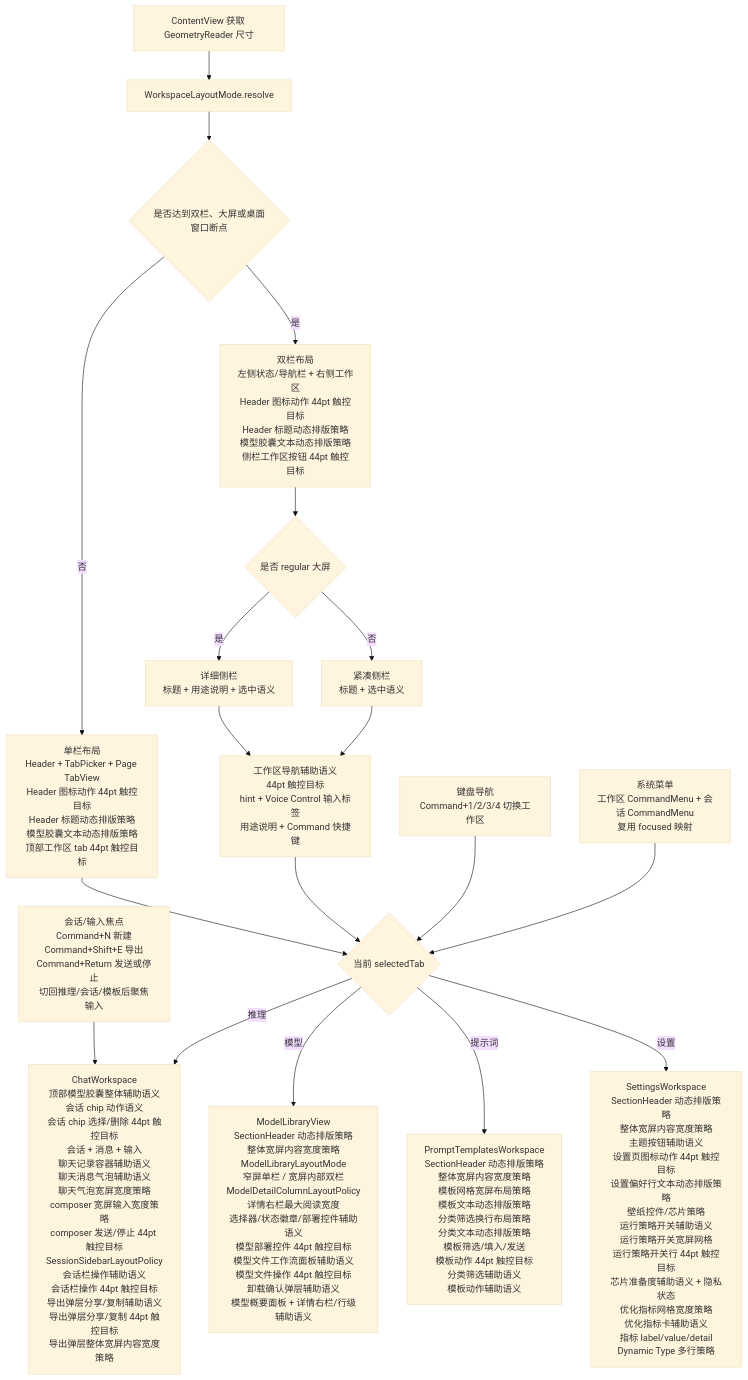
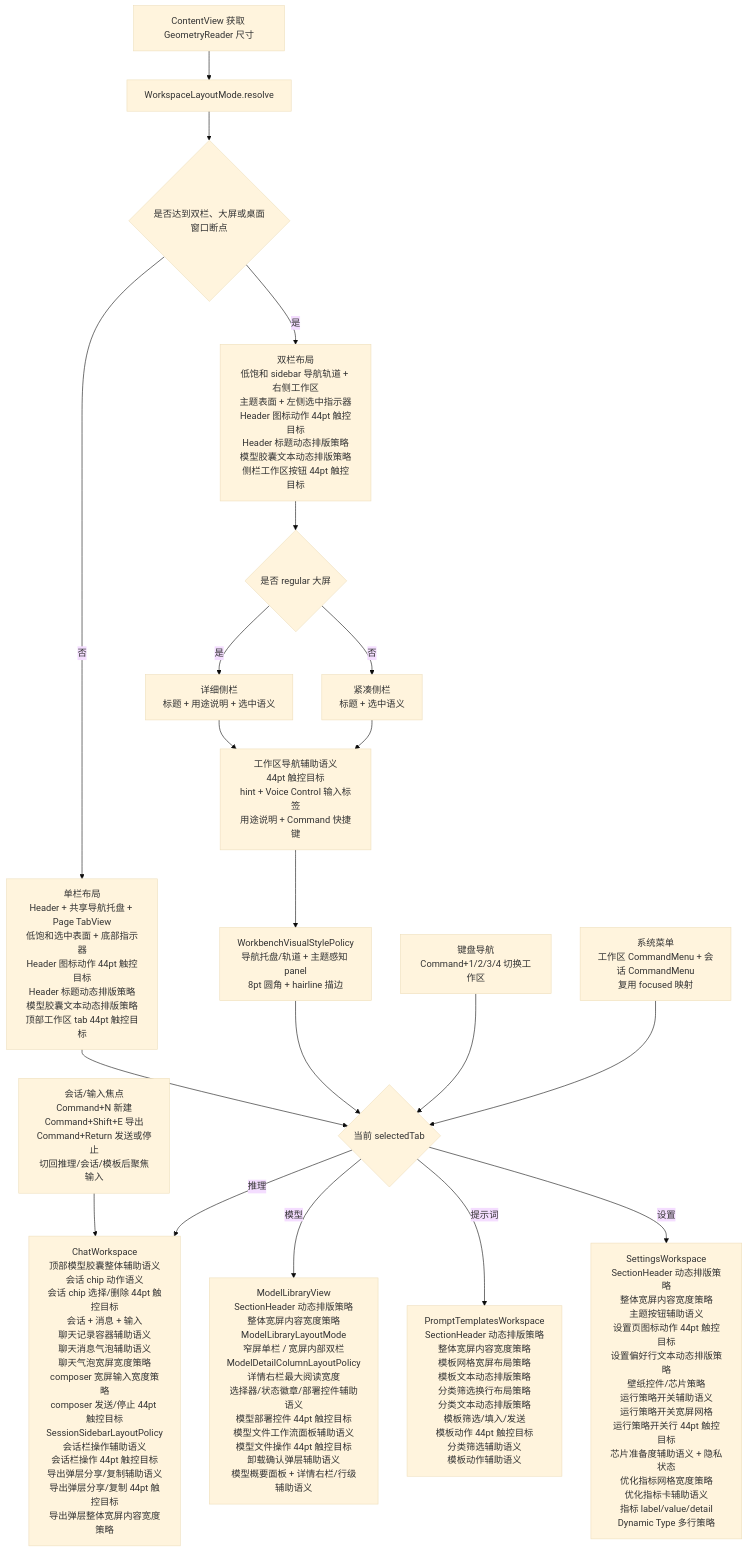
The fifth of 10 diagrams in md/flow/flowchart.md (Altman-sam114/113), drawn with Mermaid (base theme) before and after one commit. The commit also changed other lines of this file and 8 other files, not shown here.

````diff
--- a/md/flow/flowchart.md
+++ b/md/flow/flowchart.md
@@ -84,21 +84,22 @@
 ```mermaid
 flowchart TD
     A[ContentView 获取 GeometryReader 尺寸] --> B[WorkspaceLayoutMode.resolve]
     B --> C{是否达到双栏、大屏或桌面窗口断点}
-    C -- 否 --> D[单栏布局<br/>Header + TabPicker + Page TabView<br/>Header 图标动作 44pt 触控目标<br/>Header 标题动态排版策略<br/>模型胶囊文本动态排版策略<br/>顶部工作区 tab 44pt 触控目标]
-    C -- 是 --> E[双栏布局<br/>左侧状态/导航栏 + 右侧工作区<br/>Header 图标动作 44pt 触控目标<br/>Header 标题动态排版策略<br/>模型胶囊文本动态排版策略<br/>侧栏工作区按钮 44pt 触控目标]
+    C -- 否 --> D[单栏布局<br/>Header + 共享导航托盘 + Page TabView<br/>低饱和选中表面 + 底部指示器<br/>Header 图标动作 44pt 触控目标<br/>Header 标题动态排版策略<br/>模型胶囊文本动态排版策略<br/>顶部工作区 tab 44pt 触控目标]
+    C -- 是 --> E[双栏布局<br/>低饱和 sidebar 导航轨道 + 右侧工作区<br/>主题表面 + 左侧选中指示器<br/>Header 图标动作 44pt 触控目标<br/>Header 标题动态排版策略<br/>模型胶囊文本动态排版策略<br/>侧栏工作区按钮 44pt 触控目标]
     E --> N{是否 regular 大屏}
     N -- 是 --> O[详细侧栏<br/>标题 + 用途说明 + 选中语义]
     N -- 否 --> P[紧凑侧栏<br/>标题 + 选中语义]
     D --> F{当前 selectedTab}
     O --> X[工作区导航辅助语义<br/>44pt 触控目标<br/>hint + Voice Control 输入标签<br/>用途说明 + Command 快捷键]
     P --> X
-    X --> F
+    X --> V[WorkbenchVisualStylePolicy<br/>导航托盘/轨道 + 主题感知 panel<br/>8pt 圆角 + hairline 描边]
+    V --> F
     K[键盘导航<br/>Command+1/2/3/4 切换工作区] --> F
     M[系统菜单<br/>工作区 CommandMenu + 会话 CommandMenu<br/>复用 focused 映射] --> F
     L[会话/输入焦点<br/>Command+N 新建<br/>Command+Shift+E 导出<br/>Command+Return 发送或停止<br/>切回推理/会话/模板后聚焦输入] --> G
     F -- 推理 --> G[ChatWorkspace<br/>顶部模型胶囊整体辅助语义<br/>会话 chip 动作语义<br/>会话 chip 选择/删除 44pt 触控目标<br/>会话 + 消息 + 输入<br/>聊天记录容器辅助语义<br/>聊天消息气泡辅助语义<br/>聊天气泡宽屏宽度策略<br/>composer 宽屏输入宽度策略<br/>composer 发送/停止 44pt 触控目标<br/>SessionSidebarLayoutPolicy<br/>会话栏操作辅助语义<br/>会话栏操作 44pt 触控目标<br/>导出弹层分享/复制辅助语义<br/>导出弹层分享/复制 44pt 触控目标<br/>导出弹层整体宽屏内容宽度策略]
     F -- 模型 --> H[ModelLibraryView<br/>SectionHeader 动态排版策略<br/>整体宽屏内容宽度策略<br/>ModelLibraryLayoutMode<br/>窄屏单栏 / 宽屏内部双栏<br/>ModelDetailColumnLayoutPolicy<br/>详情右栏最大阅读宽度<br/>选择器/状态徽章/部署控件辅助语义<br/>模型部署控件 44pt 触控目标<br/>模型文件工作流面板辅助语义<br/>模型文件操作 44pt 触控目标<br/>卸载确认弹层辅助语义<br/>模型概要面板 + 详情右栏/行级辅助语义]
     F -- 提示词 --> I[PromptTemplatesWorkspace<br/>SectionHeader 动态排版策略<br/>整体宽屏内容宽度策略<br/>模板网格宽屏布局策略<br/>模板文本动态排版策略<br/>分类筛选换行布局策略<br/>分类文本动态排版策略<br/>模板筛选/填入/发送<br/>模板动作 44pt 触控目标<br/>分类筛选辅助语义<br/>模板动作辅助语义]
     F -- 设置 --> J[SettingsWorkspace<br/>SectionHeader 动态排版策略<br/>整体宽屏内容宽度策略<br/>主题按钮辅助语义<br/>设置页图标动作 44pt 触控目标<br/>设置偏好行文本动态排版策略<br/>壁纸控件/芯片策略<br/>运行策略开关辅助语义<br/>运行策略开关宽屏网格<br/>运行策略开关行 44pt 触控目标<br/>芯片准备度辅助语义 + 隐私状态<br/>优化指标网格宽度策略<br/>优化指标卡辅助语义<br/>指标 label/value/detail<br/>Dynamic Type 多行策略]
 ```
````
